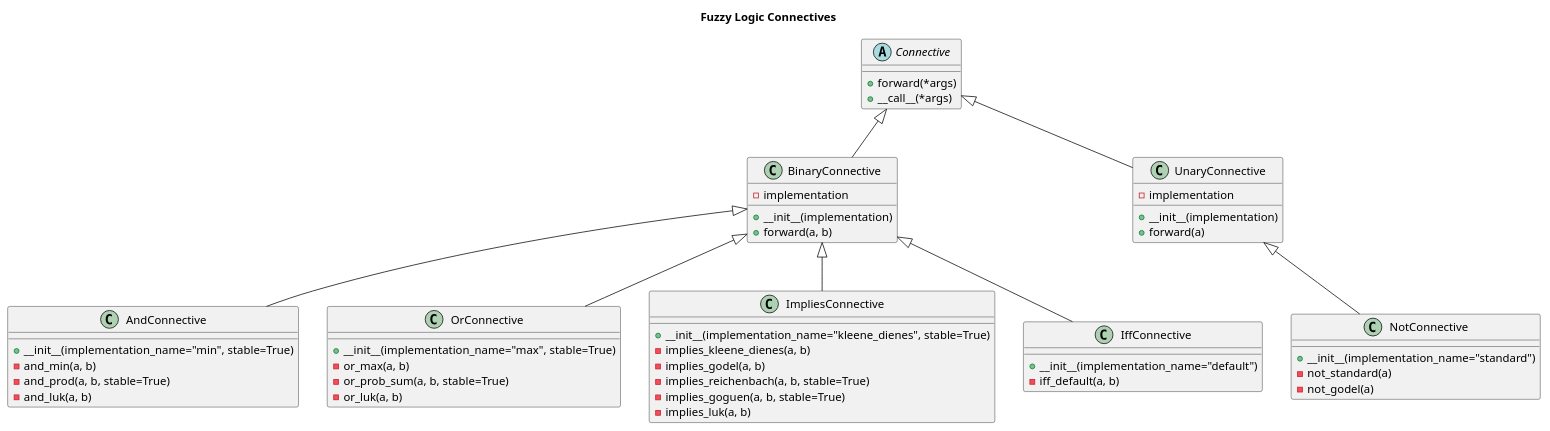
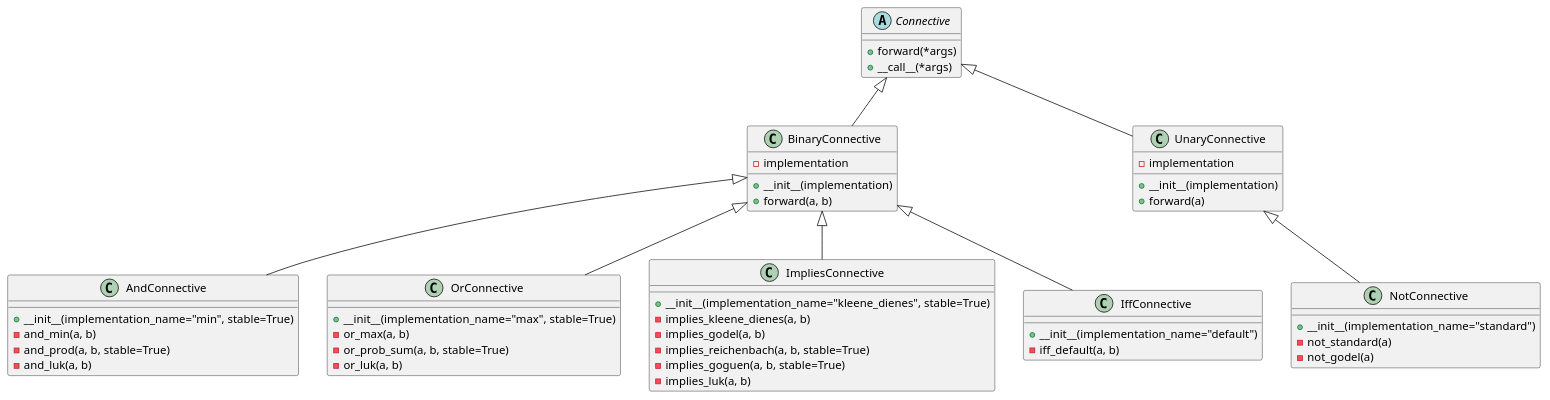
The diagram in ltn_imp/fuzzy_operators/diagrams/connective.puml (pikalab-unibo/experiments-ltn-2024), drawn with PlantUML before and after one commit. The commit also changed 5 other files, not shown here.

```diff
--- a/ltn_imp/fuzzy_operators/diagrams/connective.puml
+++ b/ltn_imp/fuzzy_operators/diagrams/connective.puml
@@ -1,63 +1,62 @@
-@startuml
-title Fuzzy Logic Connectives
+@startuml title Fuzzy Logic Connectives
 
 abstract class Connective {
     +forward(*args)
     +__call__(*args)
 }
 
 class BinaryConnective {
     -implementation
     +__init__(implementation)
     +forward(a, b)
 }
 
 class UnaryConnective {
     -implementation
     +__init__(implementation)
     +forward(a)
 }
 
 class AndConnective {
     +__init__(implementation_name="min", stable=True)
     -and_min(a, b)
     -and_prod(a, b, stable=True)
     -and_luk(a, b)
 }
 
 class OrConnective {
     +__init__(implementation_name="max", stable=True)
     -or_max(a, b)
     -or_prob_sum(a, b, stable=True)
     -or_luk(a, b)
 }
 
 class ImpliesConnective {
     +__init__(implementation_name="kleene_dienes", stable=True)
     -implies_kleene_dienes(a, b)
     -implies_godel(a, b)
     -implies_reichenbach(a, b, stable=True)
     -implies_goguen(a, b, stable=True)
     -implies_luk(a, b)
 }
 
 class IffConnective {
     +__init__(implementation_name="default")
     -iff_default(a, b)
 }
 
 class NotConnective {
     +__init__(implementation_name="standard")
     -not_standard(a)
     -not_godel(a)
 }
 
 Connective <|-- BinaryConnective
 Connective <|-- UnaryConnective
 BinaryConnective <|-- AndConnective
 BinaryConnective <|-- OrConnective
 BinaryConnective <|-- ImpliesConnective
 BinaryConnective <|-- IffConnective
 UnaryConnective <|-- NotConnective
 
 @enduml
```
